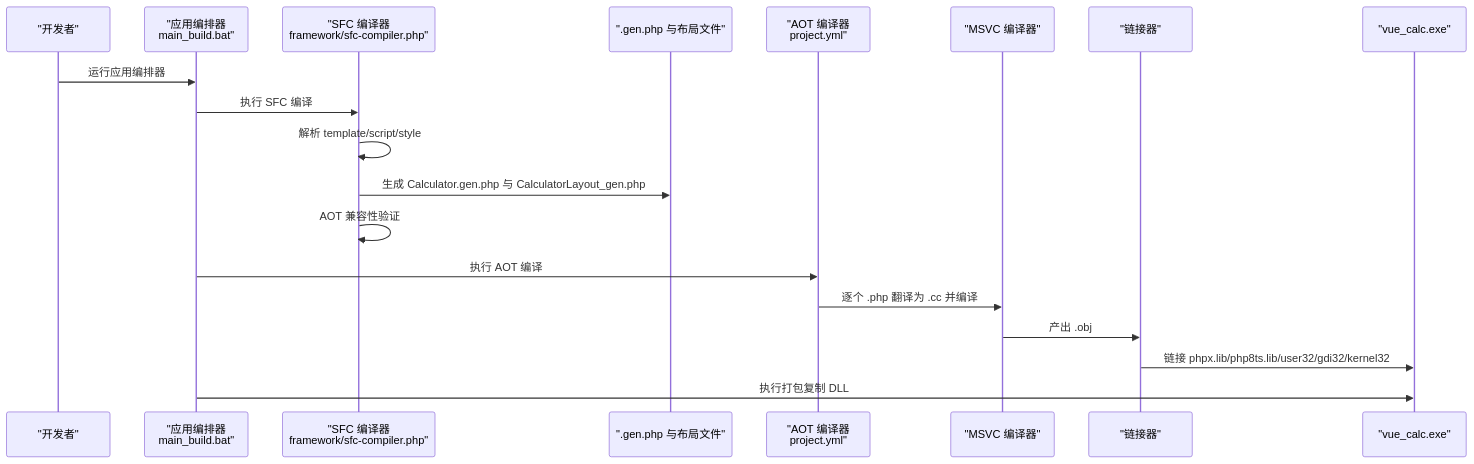
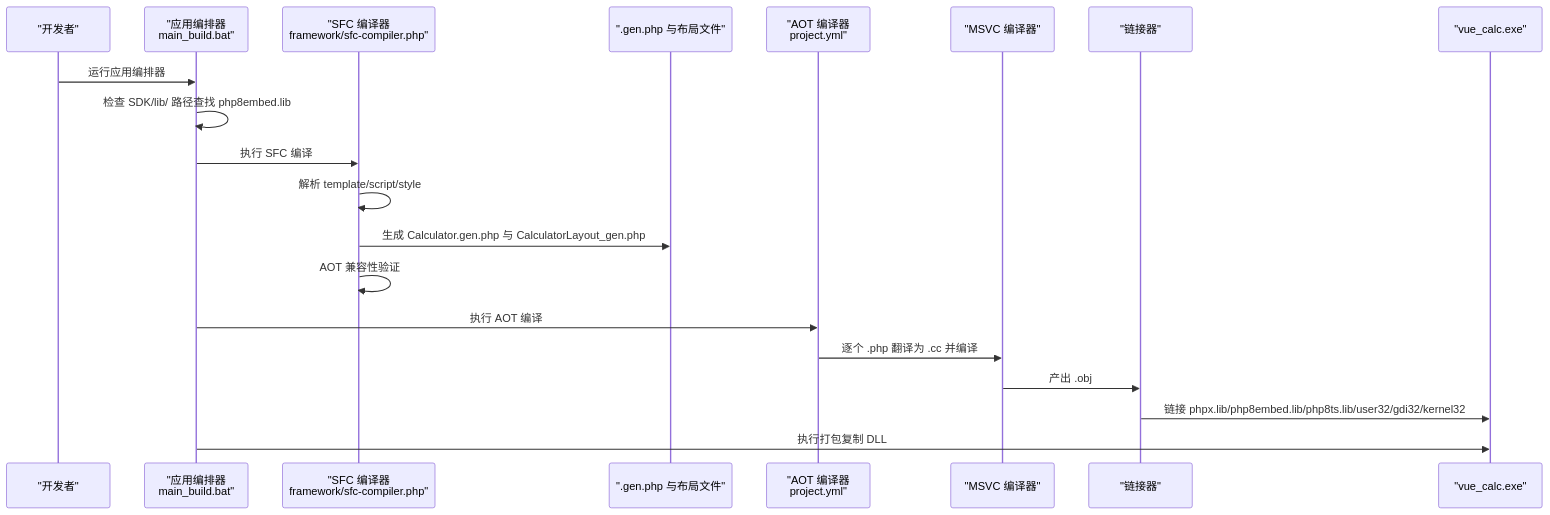
Before and after one commit to xingye00186/PHP-Data-UI-Framework-powered-by-swooleAOT: the second of 9 diagrams in .qoder/repowiki/zh/content/构建和部署.md, drawn with Mermaid. The commit also changed other lines of this file and 3 other files, not shown here.

````diff
--- a/.qoder/repowiki/zh/content/构建和部署.md
+++ b/.qoder/repowiki/zh/content/构建和部署.md
@@ -87,21 +88,22 @@
 ```mermaid
 sequenceDiagram
 participant Dev as "开发者"
 participant AppBuilder as "应用编排器<br/>main_build.bat"
 participant SFC as "SFC 编译器<br/>framework/sfc-compiler.php"
 participant Gen as ".gen.php 与布局文件"
 participant AOT as "AOT 编译器<br/>project.yml"
 participant MSVC as "MSVC 编译器"
 participant Linker as "链接器"
 participant EXE as "vue_calc.exe"
 Dev->>AppBuilder : 运行应用编排器
+AppBuilder->>AppBuilder : 检查 SDK/lib/ 路径查找 php8embed.lib
 AppBuilder->>SFC : 执行 SFC 编译
 SFC->>SFC : 解析 template/script/style
 SFC->>Gen : 生成 Calculator.gen.php 与 CalculatorLayout_gen.php
 SFC->>SFC : AOT 兼容性验证
 AppBuilder->>AOT : 执行 AOT 编译
 AOT->>MSVC : 逐个 .php 翻译为 .cc 并编译
 MSVC->>Linker : 产出 .obj
-Linker->>EXE : 链接 phpx.lib/php8ts.lib/user32/gdi32/kernel32
+Linker->>EXE : 链接 phpx.lib/php8embed.lib/php8ts.lib/user32/gdi32/kernel32
 AppBuilder->>EXE : 执行打包复制 DLL
 ```
````
